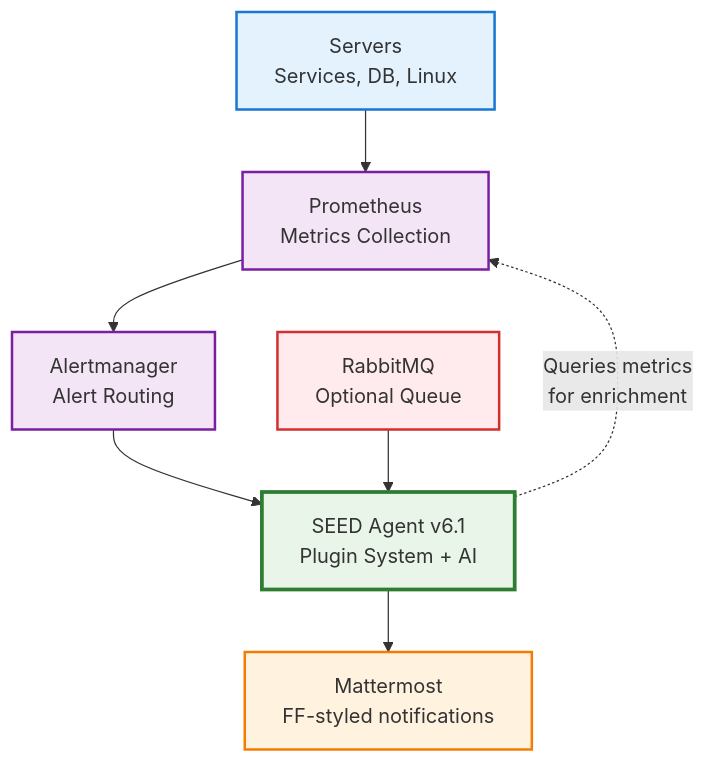
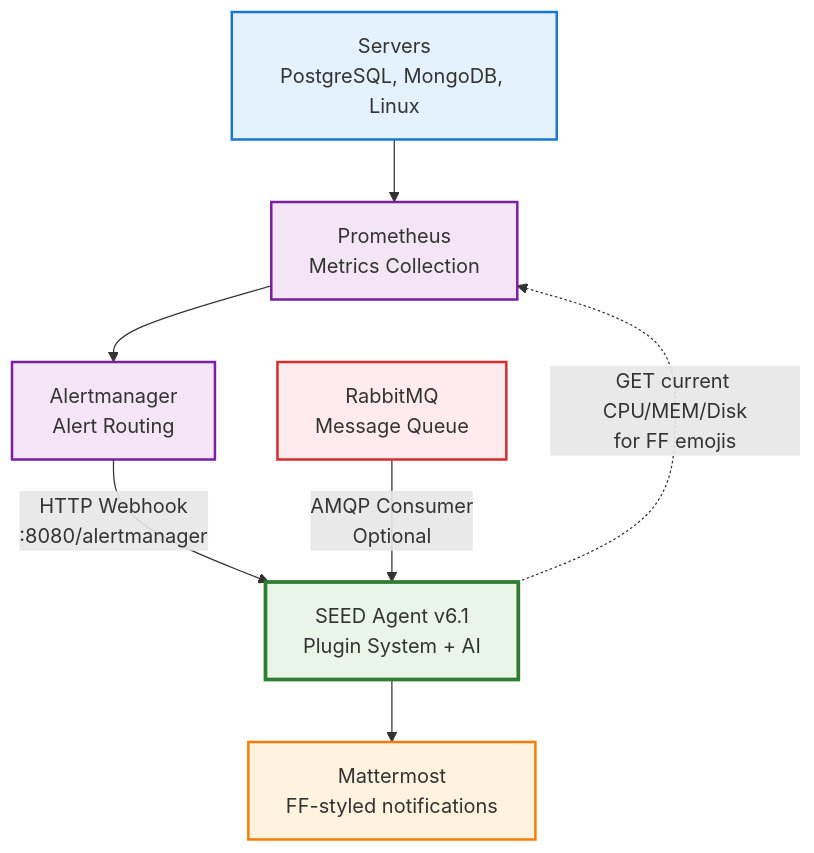
The first of 6 diagrams in mermaid_diagram.md (Genacvali/seed), drawn with Mermaid before and after one commit.

````diff
--- a/mermaid_diagram.md
+++ b/mermaid_diagram.md
@@ -5,24 +5,26 @@
 ```mermaid
 flowchart TD
-    A["Servers<br/>Services, DB, Linux"] --> B["Prometheus<br/>Metrics Collection"]
+    A["Servers<br/>PostgreSQL, MongoDB, Linux"] --> B["Prometheus<br/>Metrics Collection"]
     B --> C["Alertmanager<br/>Alert Routing"]
-    C --> D["SEED Agent v6.1<br/>Plugin System + AI"]
     
-    F["RabbitMQ<br/>Optional Queue"] --> D
+    %% Two input channels to SEED
+    C -->|"HTTP Webhook<br/>:8080/alertmanager"| D["SEED Agent v6.1<br/>Plugin System + AI"]
+    F["RabbitMQ<br/>Message Queue"] -->|"AMQP Consumer<br/>Optional"| D
     
     D --> E["Mattermost<br/>FF-styled notifications"]
     
-    D -.->|"Queries metrics<br/>for enrichment"| B
+    %% SEED queries Prometheus for current metrics to enrich alerts
+    D -.->|"GET current CPU/MEM/Disk<br/>for FF emojis"| B
     
     classDef server fill:#e3f2fd,stroke:#1976d2,stroke-width:2px
     classDef monitor fill:#f3e5f5,stroke:#7b1fa2,stroke-width:2px  
     classDef seed fill:#e8f5e8,stroke:#2e7d32,stroke-width:3px
     classDef output fill:#fff3e0,stroke:#f57c00,stroke-width:2px
     classDef rabbit fill:#ffebee,stroke:#d32f2f,stroke-width:2px
     
     class A server
     class B,C monitor
     class D seed
     class E output
     class F rabbit
 ```
````
